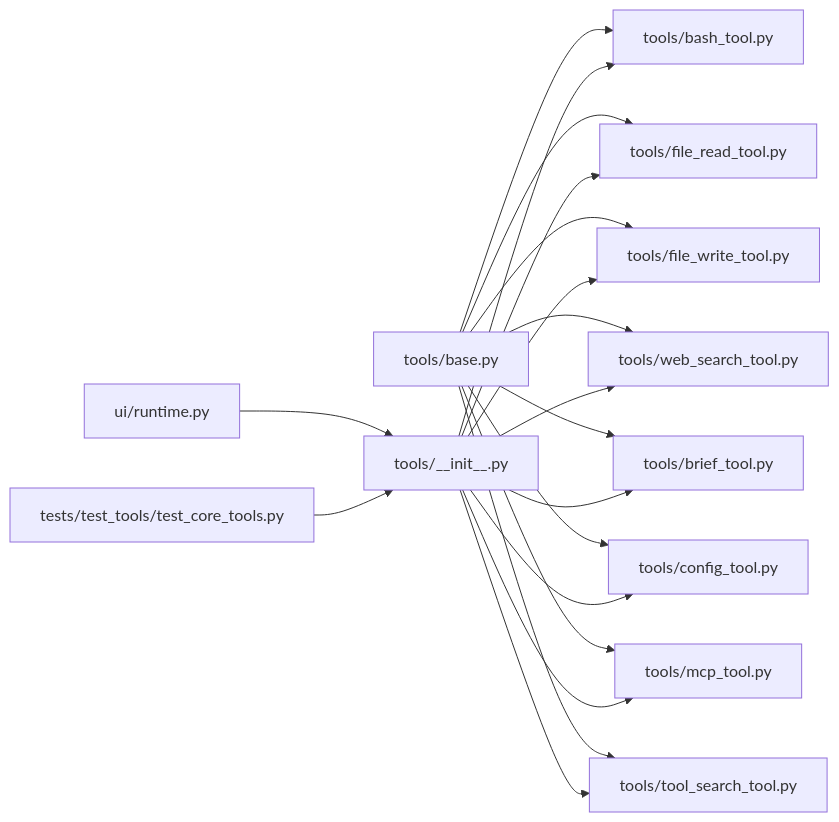
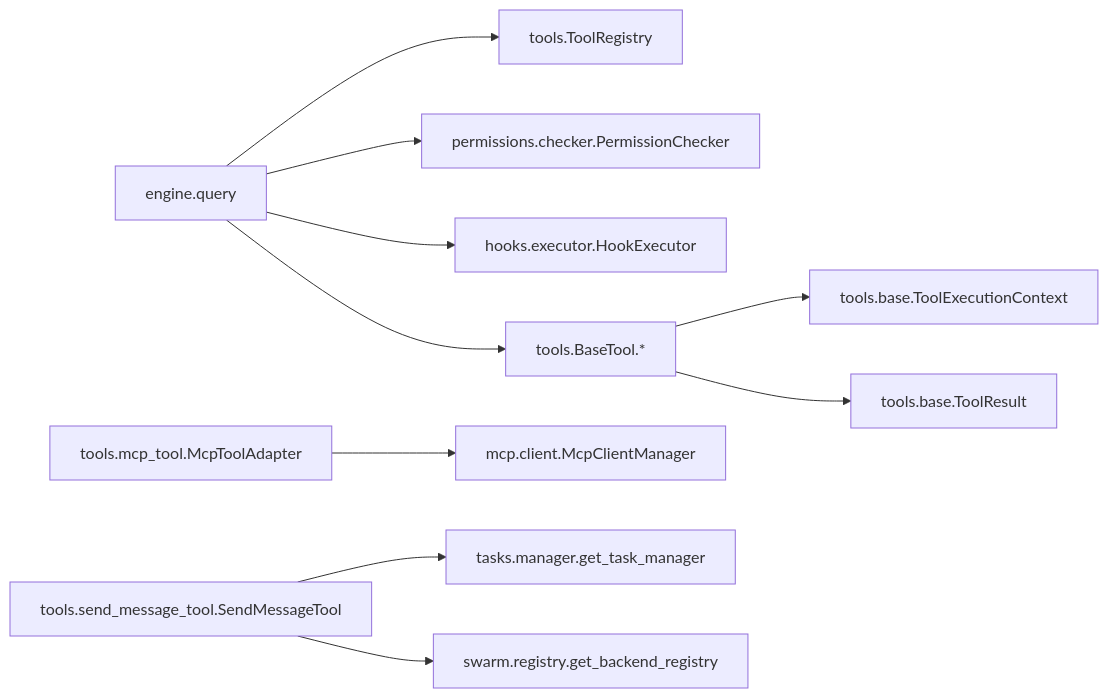
Before and after one commit to haolange/OpenHarness: the eighth of 8 diagrams in .qoder/repowiki/zh/content/核心概念/工具系统架构.md, drawn with Mermaid. The commit also changed other lines of this file and 222 other files, not shown here.

````diff
--- a/.qoder/repowiki/zh/content/核心概念/工具系统架构.md
+++ b/.qoder/repowiki/zh/content/核心概念/工具系统架构.md
@@ -294,21 +376,12 @@
 ```mermaid
 graph LR
-Base["tools/base.py"] --> Impl1["tools/bash_tool.py"]
-Base --> Impl2["tools/file_read_tool.py"]
-Base --> Impl3["tools/file_write_tool.py"]
-Base --> Impl4["tools/web_search_tool.py"]
-Base --> Impl5["tools/brief_tool.py"]
-Base --> Impl6["tools/config_tool.py"]
-Base --> Impl7["tools/mcp_tool.py"]
-Base --> Impl8["tools/tool_search_tool.py"]
-Init["tools/__init__.py"] --> Impl1
-Init --> Impl2
-Init --> Impl3
-Init --> Impl4
-Init --> Impl5
-Init --> Impl6
-Init --> Impl7
-Init --> Impl8
-Runtime["ui/runtime.py"] --> Init
-Tests["tests/test_tools/test_core_tools.py"] --> Init
+Q["engine.query"] --> R["tools.ToolRegistry"]
+Q --> P["permissions.checker.PermissionChecker"]
+Q --> H["hooks.executor.HookExecutor"]
+Q --> T["tools.BaseTool.*"]
+T --> EC["tools.base.ToolExecutionContext"]
+T --> TR["tools.base.ToolResult"]
+M["tools.mcp_tool.McpToolAdapter"] --> MM["mcp.client.McpClientManager"]
+S["tools.send_message_tool.SendMessageTool"] --> TM["tasks.manager.get_task_manager"]
+S --> SR["swarm.registry.get_backend_registry"]
 ```
````
